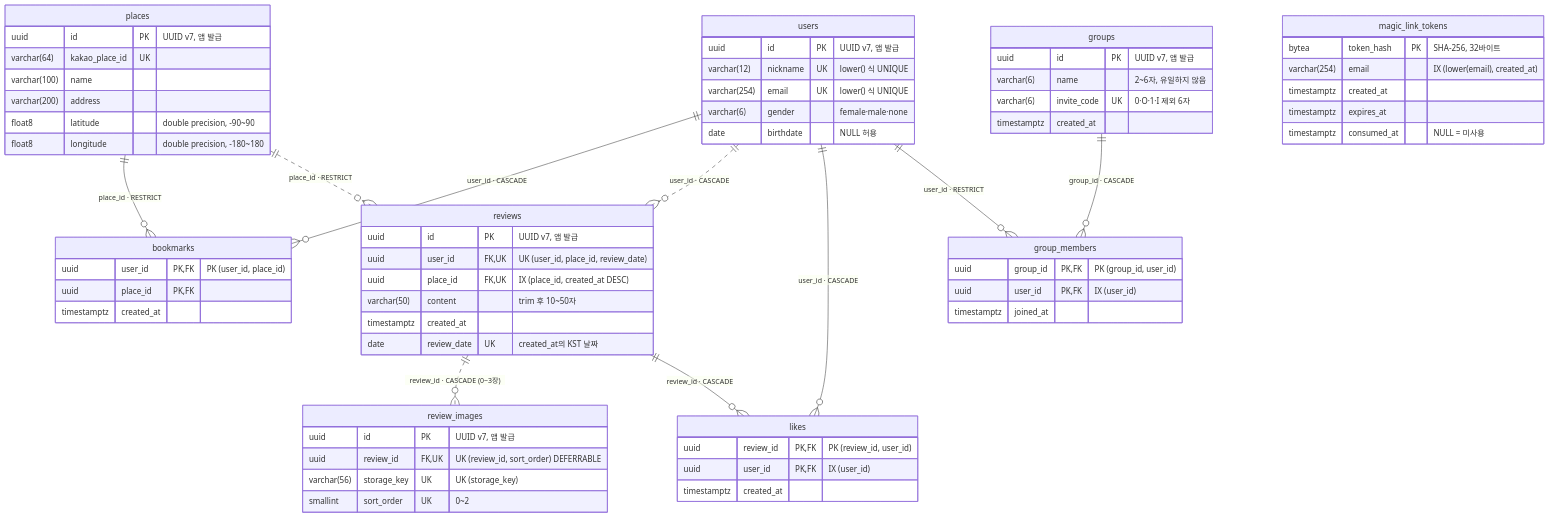
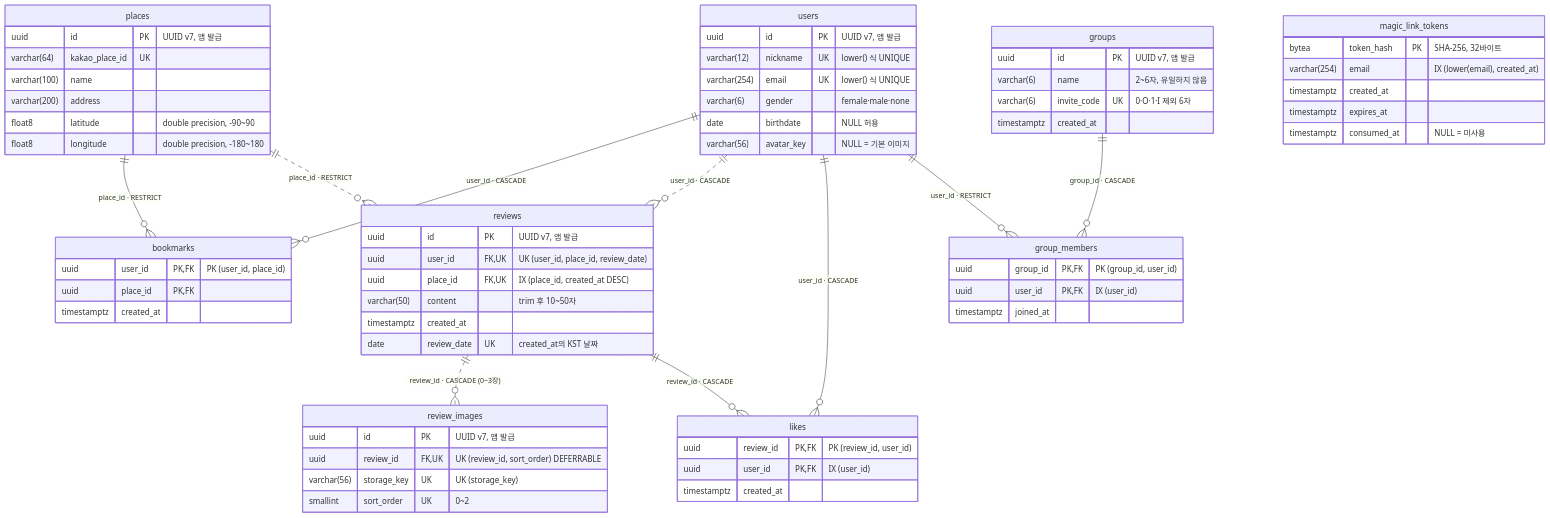
One commit to kangdong527/nook_csharp changed the diagram in docs/design/erd.md. Above: the diagram before and after it, drawn with Mermaid. The commit also changed other lines of this file and 25 other files, not shown here.

````diff
--- a/docs/design/erd.md
+++ b/docs/design/erd.md
@@ -12,78 +12,79 @@
 ```mermaid
 erDiagram
     users ||--o{ bookmarks : "user_id · CASCADE"
     places ||--o{ bookmarks : "place_id · RESTRICT"
     users ||..o{ reviews : "user_id · CASCADE"
     places ||..o{ reviews : "place_id · RESTRICT"
     reviews ||..o{ review_images : "review_id · CASCADE (0~3장)"
     reviews ||--o{ likes : "review_id · CASCADE"
     users ||--o{ likes : "user_id · CASCADE"
     groups ||--o{ group_members : "group_id · CASCADE"
     users ||--o{ group_members : "user_id · RESTRICT"
 
     users {
         uuid id PK "UUID v7, 앱 발급"
         varchar(12) nickname UK "lower() 식 UNIQUE"
         varchar(254) email UK "lower() 식 UNIQUE"
         varchar(6) gender "female·male·none"
         date birthdate "NULL 허용"
+        varchar(56) avatar_key "NULL = 기본 이미지"
     }
 
     places {
         uuid id PK "UUID v7, 앱 발급"
         varchar(64) kakao_place_id UK
         varchar(100) name
         varchar(200) address
         float8 latitude "double precision, -90~90"
         float8 longitude "double precision, -180~180"
     }
 
     bookmarks {
         uuid user_id PK, FK "PK (user_id, place_id)"
         uuid place_id PK, FK
         timestamptz created_at
     }
 
     reviews {
         uuid id PK "UUID v7, 앱 발급"
         uuid user_id FK, UK "UK (user_id, place_id, review_date)"
         uuid place_id FK, UK "IX (place_id, created_at DESC)"
         varchar(50) content "trim 후 10~50자"
         timestamptz created_at
         date review_date UK "created_at의 KST 날짜"
     }
 
     review_images {
         uuid id PK "UUID v7, 앱 발급"
         uuid review_id FK, UK "UK (review_id, sort_order) DEFERRABLE"
         varchar(56) storage_key UK "UK (storage_key)"
         smallint sort_order UK "0~2"
     }
 
     likes {
         uuid review_id PK, FK "PK (review_id, user_id)"
         uuid user_id PK, FK "IX (user_id)"
         timestamptz created_at
     }
 
     groups {
         uuid id PK "UUID v7, 앱 발급"
         varchar(6) name "2~6자, 유일하지 않음"
         varchar(6) invite_code UK "0·O·1·I 제외 6자"
         timestamptz created_at
     }
 
     group_members {
         uuid group_id PK, FK "PK (group_id, user_id)"
         uuid user_id PK, FK "IX (user_id)"
         timestamptz joined_at
     }
 
     magic_link_tokens {
         bytea token_hash PK "SHA-256, 32바이트"
         varchar(254) email "IX (lower(email), created_at)"
         timestamptz created_at
         timestamptz expires_at
         timestamptz consumed_at "NULL = 미사용"
     }
 ```
````
